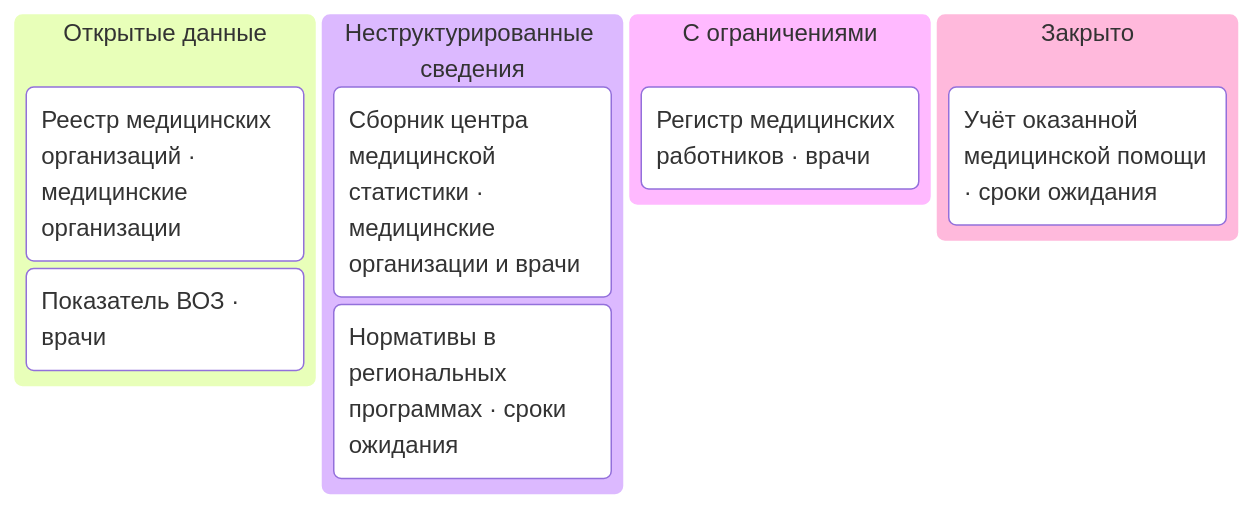
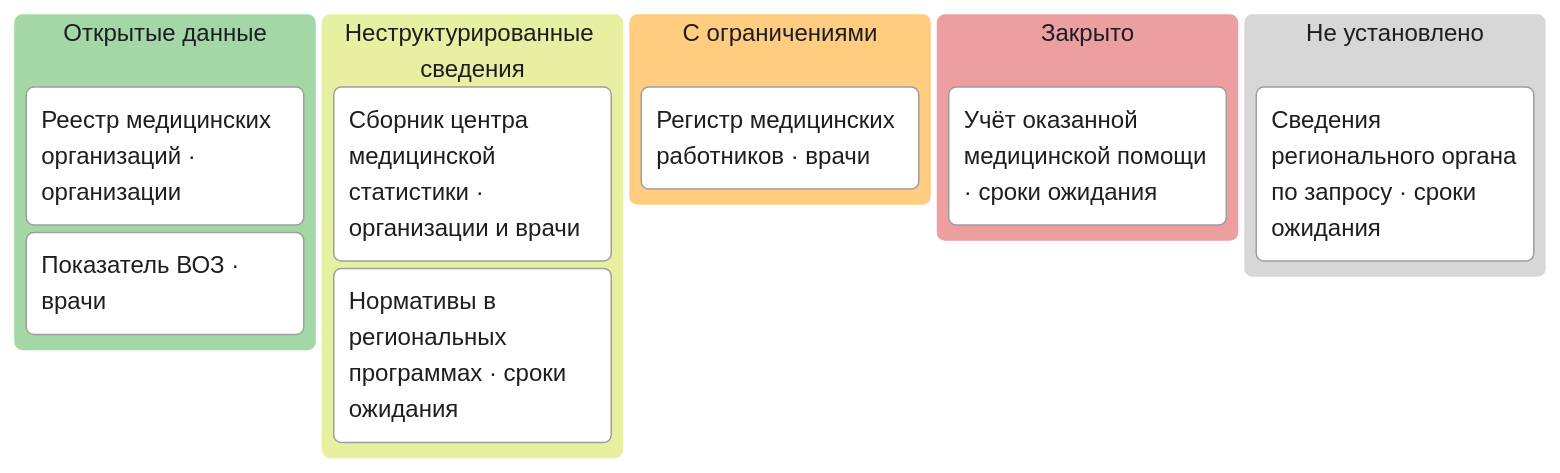
One commit to ivbeg/data-inventory changed the third of 3 diagrams in docs/06-tools/02-mindmaps-and-boards.md. Above: the diagram before and after it, drawn with Mermaid. The commit also changed other lines of this file and 54 other files, not shown here.

````diff
--- a/docs/06-tools/02-mindmaps-and-boards.md
+++ b/docs/06-tools/02-mindmaps-and-boards.md
@@ -180,13 +144,27 @@
 ```mermaid
+---
+config:
+  themeVariables:
+    background: "#ffffff"
+    textColor: "#1c1e21"
+    nodeBorder: "#9e9e9e"
+    cScale2: "#81c784"
+    cScale3: "#dce775"
+    cScale4: "#ffb74d"
+    cScale5: "#e57373"
+    cScale6: "#bdbdbd"
+---
 kanban
   open[Открытые данные]
-    k1[Реестр медицинских организаций · медицинские организации]
+    k1[Реестр медицинских организаций · организации]
     k2[Показатель ВОЗ · врачи]
   unstructured[Неструктурированные сведения]
-    k3[Сборник центра медицинской статистики · медицинские организации и врачи]
+    k3[Сборник центра медицинской статистики · организации и врачи]
     k4[Нормативы в региональных программах · сроки ожидания]
   restricted[С ограничениями]
     k5[Регистр медицинских работников · врачи]
   closed[Закрыто]
     k6[Учёт оказанной медицинской помощи · сроки ожидания]
+  unknown[Не установлено]
+    k7[Сведения регионального органа по запросу · сроки ожидания]
 ```
````
